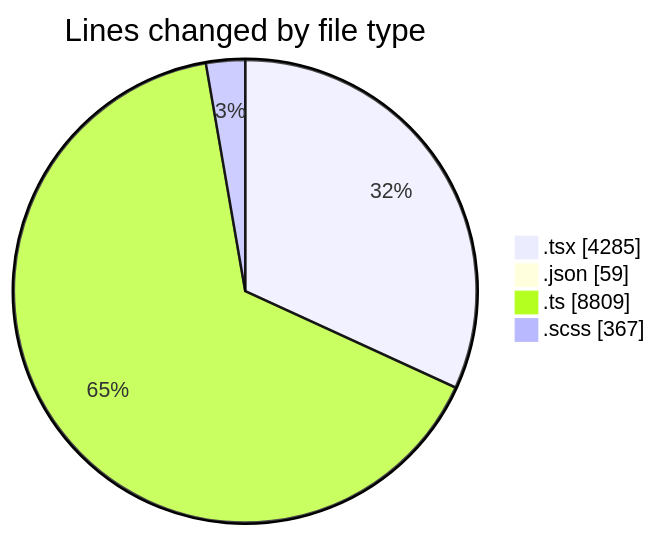
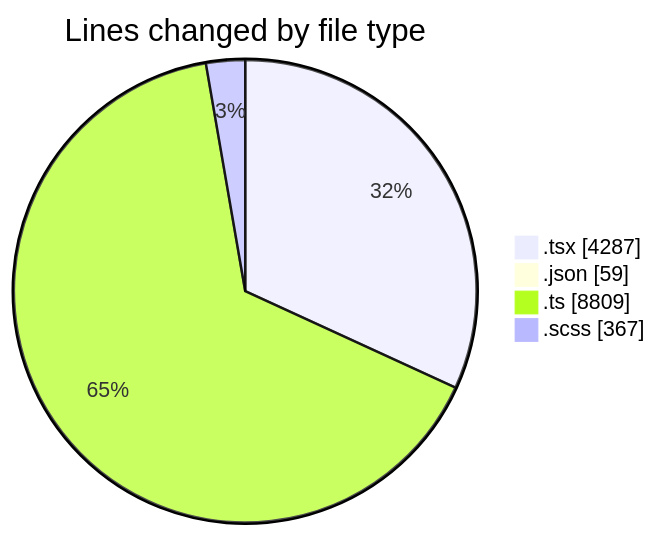
Before and after one commit to momahboobian/code-tracking: the first of 2 diagrams in 2025-11-24/cda/README.md, drawn with Mermaid. The commit also changed other lines of this file and 1 other file, not shown here.

````diff
--- a/2025-11-24/cda/README.md
+++ b/2025-11-24/cda/README.md
@@ -35,8 +35,8 @@
 ```mermaid
 pie showData
 title Lines changed by file type
-".tsx" : 4285
+".tsx" : 4287
 ".json" : 59
 ".ts" : 8809
 ".scss" : 367
 ```
````
